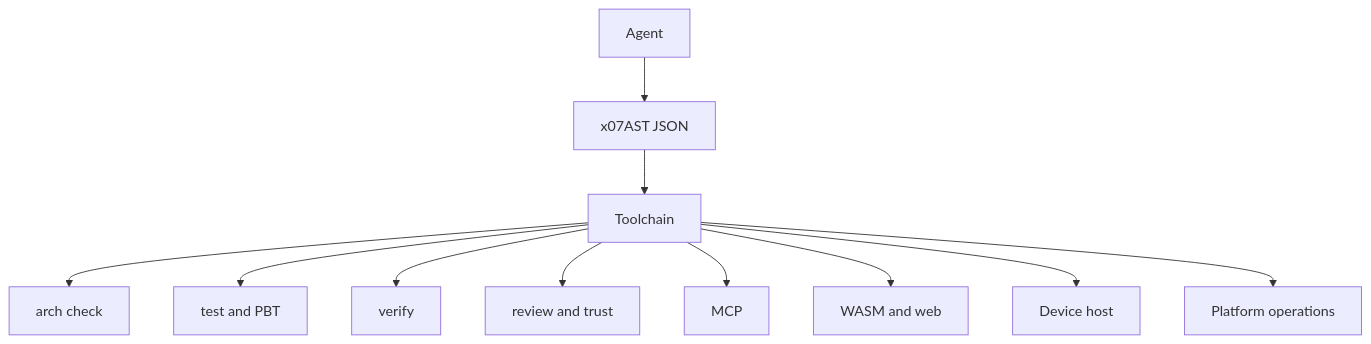
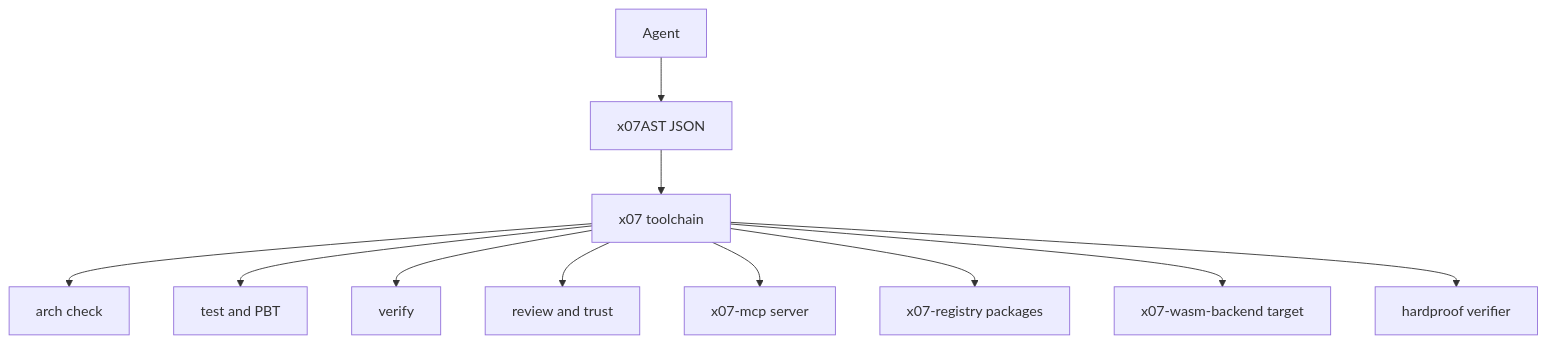
One commit to x07lang/x07-website changed the second of 2 diagrams in site/blog/2026-03-15-how-x07-was-designed-for-100-percent-agentic-coding.md. Above: the diagram before and after it, drawn with Mermaid. The commit also changed other lines of this file and 144 other files, not shown here.

````diff
--- a/site/blog/2026-03-15-how-x07-was-designed-for-100-percent-agentic-coding.md
+++ b/site/blog/2026-03-15-how-x07-was-designed-for-100-percent-agentic-coding.md
@@ -154,13 +155,13 @@
 ```mermaid
 flowchart TD
     A[Agent] --> B[x07AST JSON]
-    B --> C[Toolchain]
+    B --> C[x07 toolchain]
     C --> D[arch check]
     C --> E[test and PBT]
     C --> F[verify]
     C --> G[review and trust]
-    C --> H[MCP]
-    C --> I[WASM and web]
-    C --> J[Device host]
-    C --> K[Platform operations]
+    C --> H[x07-mcp server]
+    C --> I[x07-registry packages]
+    C --> J[x07-wasm-backend target]
+    C --> K[hardproof verifier]
 ```
````
